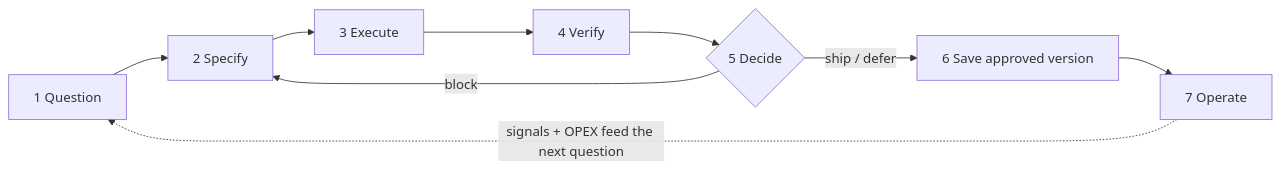
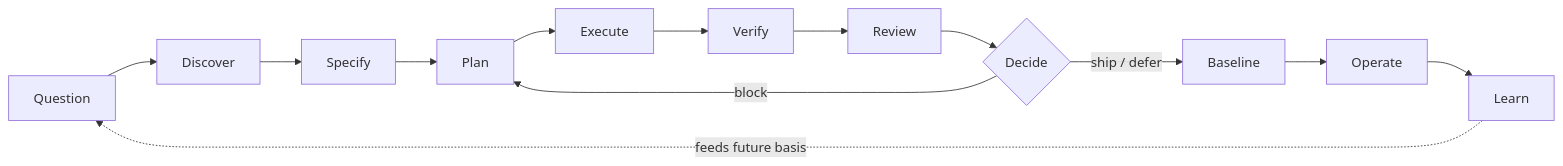
One commit to FlyFission/nuclear-grade-context-engineering changed the diagram in README.md. Above: the diagram before and after it, drawn with Mermaid. The commit also changed other lines of this file, not shown here.

````diff
--- a/README.md
+++ b/README.md
@@ -108,8 +100,9 @@
 ```mermaid
 flowchart LR
-    Q[1 Question] --> S[2 Specify] --> E[3 Execute] --> V[4 Verify]
-    V --> Dec{5 Decide}
-    Dec -->|ship / defer| B[6 Save approved version] --> O[7 Operate]
-    Dec -->|block| S
-    O -.signals + OPEX feed the next question.-> Q
+    Q[Question] --> D[Discover] --> S[Specify] --> P[Plan]
+    P --> E[Execute] --> V[Verify] --> R[Review]
+    R --> Dec{Decide}
+    Dec -->|ship / defer| B[Baseline] --> O[Operate] --> L[Learn]
+    Dec -->|block| P
+    L -.feeds future basis.-> Q
 ```
````
